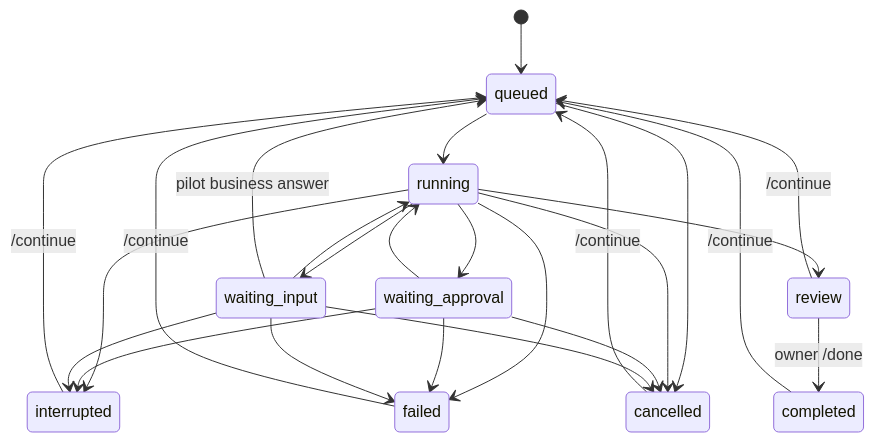
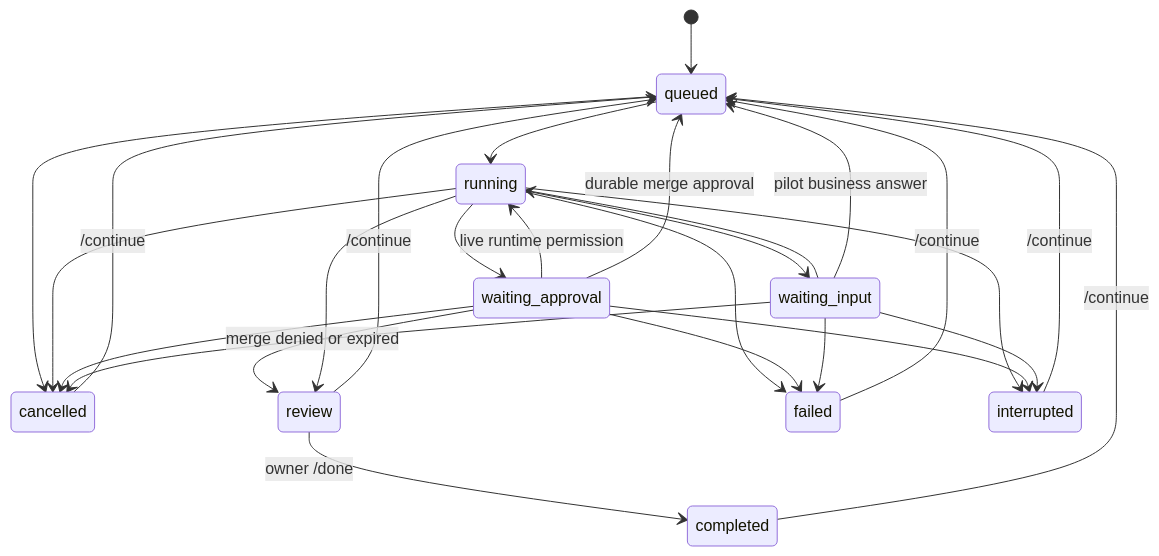
The diagram in docs/architecture.md (jgchenu/agent-steward), drawn with Mermaid before and after one commit. The commit also changed other lines of this file and 9 other files, not shown here.

````diff
--- a/docs/architecture.md
+++ b/docs/architecture.md
@@ -36,27 +38,29 @@
 ```mermaid
 stateDiagram-v2
   [*] --> queued
   queued --> running
   queued --> cancelled
   running --> waiting_approval
   running --> waiting_input
-  waiting_approval --> running
+  waiting_approval --> running: live runtime permission
+  waiting_approval --> queued: durable merge approval
+  waiting_approval --> review: merge denied or expired
   waiting_input --> running
   waiting_input --> queued: pilot business answer
   running --> review
   review --> completed: owner /done
   running --> failed
   running --> cancelled
   running --> interrupted
   waiting_approval --> interrupted
   waiting_input --> interrupted
   waiting_approval --> cancelled
   waiting_input --> cancelled
   waiting_approval --> failed
   waiting_input --> failed
   review --> queued: /continue
   completed --> queued: /continue
   failed --> queued: /continue
   cancelled --> queued: /continue
   interrupted --> queued: /continue
 ```
````
